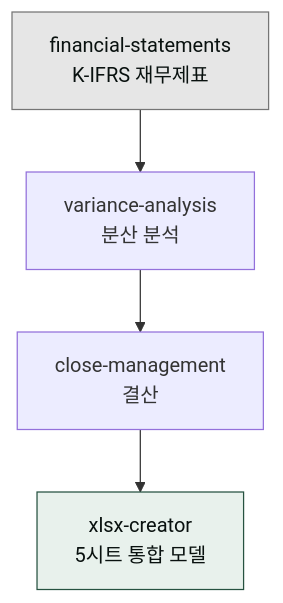
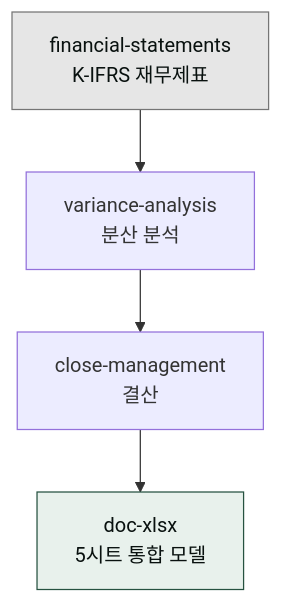
The diagram in www/content/cookbook/templates/financial.md (modu-ai/cowork-plugins), drawn with Mermaid before and after one commit. The commit also changed other lines of this file and 45 other files, not shown here.

First line of the commit message:
docs(www): 스킬명 정합 + 깨진 링크 수정 + mermaid 보강

````diff
--- a/www/content/cookbook/templates/financial.md
+++ b/www/content/cookbook/templates/financial.md
@@ -11,9 +11,9 @@
 ```mermaid
 flowchart TD
    A["financial-statements<br/>K-IFRS 재무제표"] --> B["variance-analysis<br/>분산 분석"]
    B --> C["close-management<br/>결산"]
-   C --> D["xlsx-creator<br/>5시트 통합 모델"]
+   C --> D["doc-xlsx<br/>5시트 통합 모델"]
 
    style A fill:#e6e6e6,stroke:#757575,color:#09110f
    style D fill:#e8f1ec,stroke:#265240,color:#09110f
 ```
````
